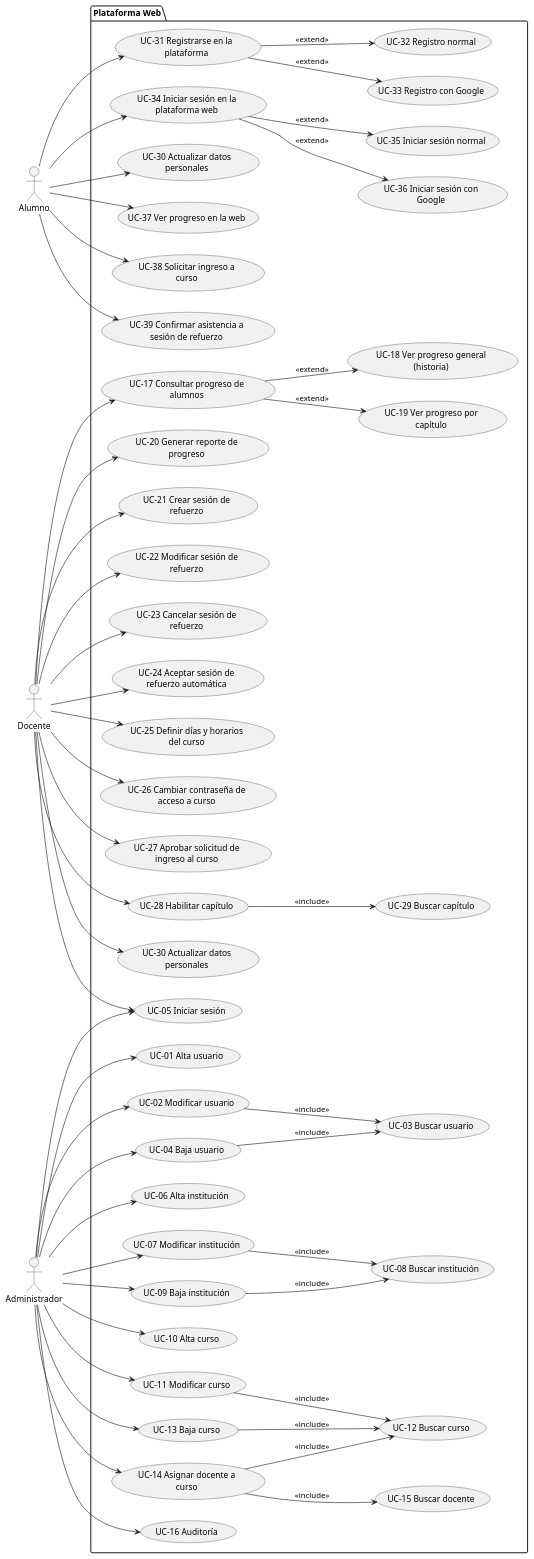
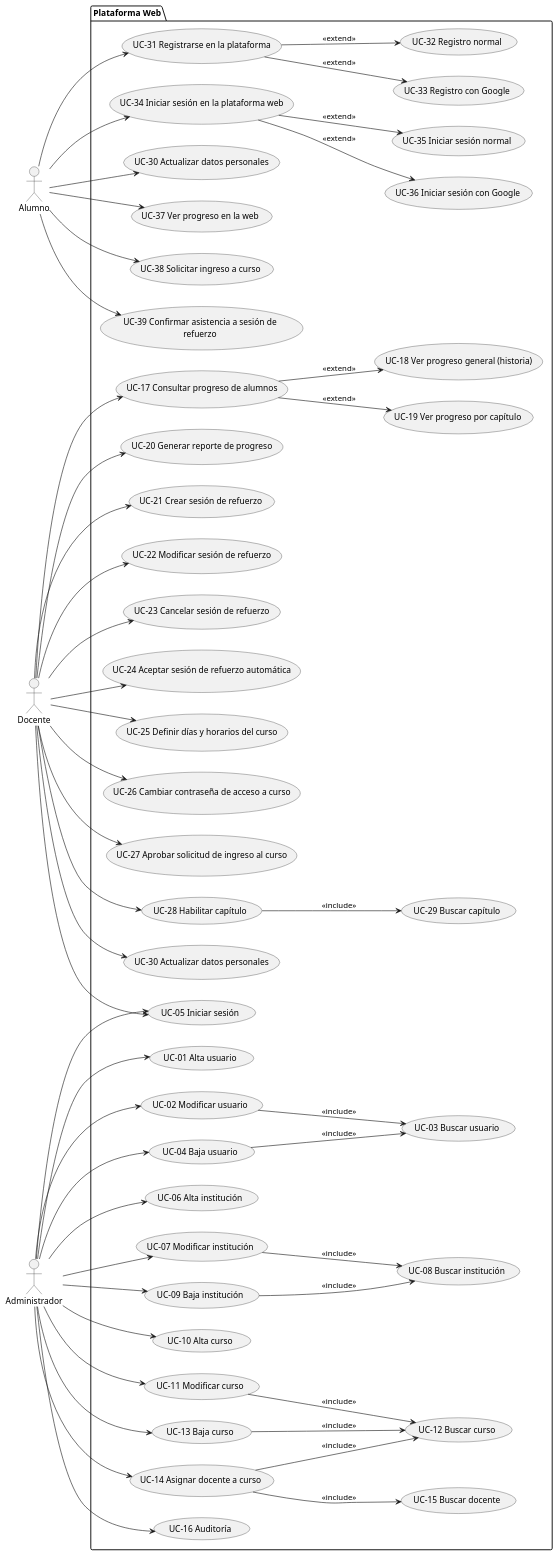
The diagram in docs/diagramas/dcu-web.puml (francoalbornoz2002/ASC-ProyectoAlgoritmia-TrabajoFinal), drawn with PlantUML before and after one commit. The commit also changed 1 other file, not shown here.

```diff
--- a/docs/diagramas/dcu-web.puml
+++ b/docs/diagramas/dcu-web.puml
@@ -1,112 +1,114 @@
 @startuml Web_CU
 left to right direction
 
-skinparam usecasePadding 15
-skinparam actorPadding 15
-skinparam wrapWidth 200
+skinparam usecasePadding 25
+skinparam actorPadding 80
+skinparam packagePadding 20
+skinparam wrapWidth 300
+skinparam maxMessageSize 120
 
 actor Alumno
 actor Docente
 actor Administrador
 
 package "Plataforma Web" {
   'Casos de uso del Alumno
   usecase "UC-31 Registrarse en la plataforma" as UC31
   usecase "UC-32 Registro normal" as UC32
   usecase "UC-33 Registro con Google" as UC33
   usecase "UC-34 Iniciar sesión en la plataforma web" as UC34
   usecase "UC-35 Iniciar sesión normal" as UC35
   usecase "UC-36 Iniciar sesión con Google" as UC36
   usecase "UC-30 Actualizar datos personales" as UC30_A
   usecase "UC-37 Ver progreso en la web" as UC37
   usecase "UC-38 Solicitar ingreso a curso" as UC38
   usecase "UC-39 Confirmar asistencia a sesión de refuerzo" as UC39
 
   'Casos de uso del Docente
   usecase "UC-17 Consultar progreso de alumnos" as UC17
   usecase "UC-18 Ver progreso general (historia)" as UC18
   usecase "UC-19 Ver progreso por capítulo" as UC19
   usecase "UC-20 Generar reporte de progreso" as UC20
   usecase "UC-21 Crear sesión de refuerzo" as UC21
   usecase "UC-22 Modificar sesión de refuerzo" as UC22
   usecase "UC-23 Cancelar sesión de refuerzo" as UC23
   usecase "UC-24 Aceptar sesión de refuerzo automática" as UC24
   usecase "UC-25 Definir días y horarios del curso" as UC25
   usecase "UC-26 Cambiar contraseña de acceso a curso" as UC26
   usecase "UC-27 Aprobar solicitud de ingreso al curso" as UC27
   usecase "UC-28 Habilitar capítulo" as UC28
   usecase "UC-29 Buscar capítulo" as UC29
   usecase "UC-30 Actualizar datos personales" as UC30_D
   usecase "UC-05 Iniciar sesión" as UC05
 
   'Casos de uso del Administrador
   usecase "UC-01 Alta usuario" as UC01
   usecase "UC-02 Modificar usuario" as UC02
   usecase "UC-03 Buscar usuario" as UC03
   usecase "UC-04 Baja usuario" as UC04
   usecase "UC-06 Alta institución" as UC06
   usecase "UC-07 Modificar institución" as UC07
   usecase "UC-08 Buscar institución" as UC08
   usecase "UC-09 Baja institución" as UC09
   usecase "UC-10 Alta curso" as UC10
   usecase "UC-11 Modificar curso" as UC11
   usecase "UC-12 Buscar curso" as UC12
   usecase "UC-13 Baja curso" as UC13
   usecase "UC-14 Asignar docente a curso" as UC14
   usecase "UC-15 Buscar docente" as UC15
   usecase "UC-16 Auditoría" as UC16
 }
 
 ' Conexiones de Administrador
 Administrador --> UC01
 Administrador --> UC02
 UC02 --> UC03 : <<include>>
 Administrador --> UC04
 UC04 --> UC03 : <<include>>
 Administrador --> UC05
 Administrador --> UC06
 Administrador --> UC07
 UC07 --> UC08 : <<include>>
 Administrador --> UC09
 UC09 --> UC08 : <<include>>
 Administrador --> UC10
 Administrador --> UC11
 UC11 --> UC12 : <<include>>
 Administrador --> UC13
 UC13 --> UC12 : <<include>>
 Administrador --> UC14
 UC14 --> UC15 : <<include>>
 UC14 --> UC12 : <<include>>
 Administrador --> UC16
 
 ' Conexiones de Alumno
 Alumno --> UC31
 UC31 --> UC32 : <<extend>>
 UC31 --> UC33 : <<extend>>
 Alumno --> UC34
 UC34 --> UC35 : <<extend>>
 UC34 --> UC36 : <<extend>>
 Alumno --> UC30_A
 Alumno --> UC37
 Alumno --> UC38
 Alumno --> UC39
 
 ' Conexiones de Docente
 Docente --> UC17
 UC17 --> UC18 : <<extend>>
 UC17 --> UC19 : <<extend>>
 Docente --> UC20
 Docente --> UC21
 Docente --> UC22
 Docente --> UC23
 Docente --> UC24
 Docente --> UC25
 Docente --> UC26
 Docente --> UC27
 Docente --> UC28
 UC28 --> UC29 : <<include>>
 Docente --> UC30_D
 Docente --> UC05
 
 
 @enduml
```
